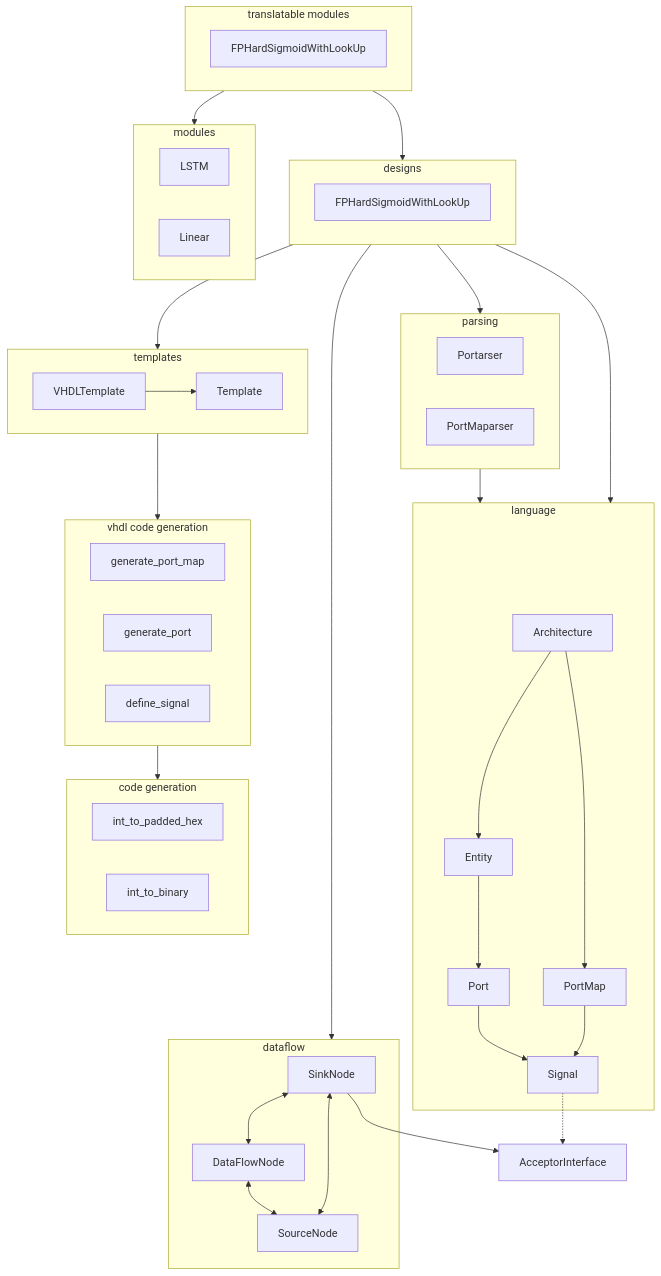
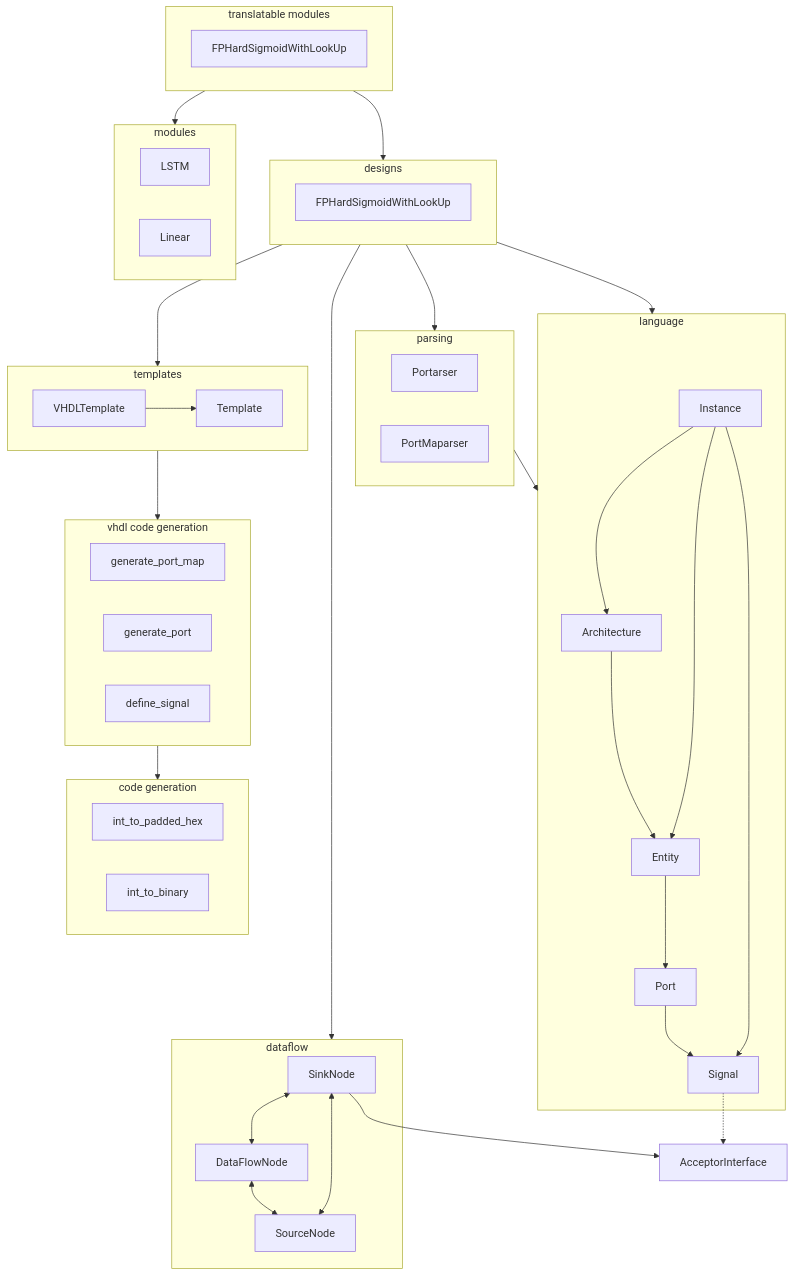
The second of 2 diagrams in elasticai/creator/vhdl/design.md (es-ude/elastic-ai.creator), drawn with Mermaid before and after one commit. The commit also changed 51 other files, not shown here.

````diff
--- a/elasticai/creator/vhdl/design.md
+++ b/elasticai/creator/vhdl/design.md
@@ -19,48 +19,50 @@
 ```mermaid
 flowchart TB
   subgraph templates
     VHDLTemplate --> Template
   end
   subgraph designs
     designFPHardSigmoidWithLookUp["FPHardSigmoidWithLookUp"]
   end
   subgraph parsing
     Portarser
     PortMaparser
   end
   subgraph modules
     LSTM
     Linear
   end
   subgraph transmodules["translatable modules"]
     FPHardSigmoidWithLookUp
   end
   transmodules --> modules
   subgraph language
     Architecture --> Entity --> Port --> Signal
-    Architecture --> PortMap --> Signal
+    Instance --> Entity
+    Instance --> Architecture
+    Instance --> Signal
   end
   parsing --> language
   designs --> parsing
   designs --> templates
   designs --> language
   designs --> dataflow
   transmodules --> designs
   subgraph codegen["code generation"]
     int_to_padded_hex
     int_to_binary
   end
   subgraph vhdlcodegen["vhdl code generation"]
     generate_port_map
     generate_port
     define_signal
   end
   subgraph dataflow
     SinkNode <--> DataFlowNode <--> SourceNode <--> SinkNode
   end
 
   vhdlcodegen --> codegen
   templates --> vhdlcodegen
   SinkNode --> acceptor["AcceptorInterface"]
   Signal -.-> acceptor
 ```
````
